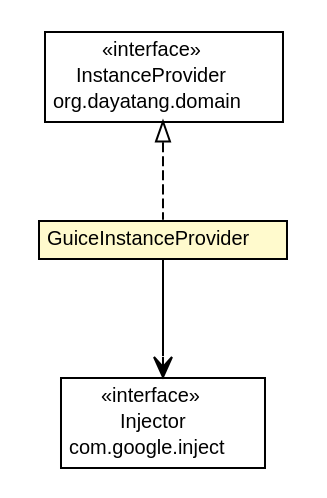
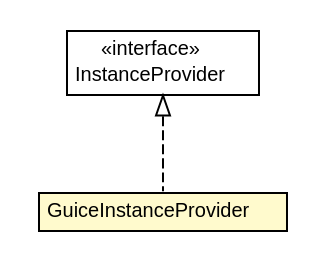
One commit to dayatang/dddlib changed the diagram in dddlib-ioc/dddlib-ioc-guice/apidocs/org/dayatang/ioc/guice/GuiceInstanceProvider.dot. Above: the diagram before and after it, drawn with Graphviz. The commit also changed 94 other files, not shown here.

```diff
--- a/dddlib-ioc/dddlib-ioc-guice/apidocs/org/dayatang/ioc/guice/GuiceInstanceProvider.dot
+++ b/dddlib-ioc/dddlib-ioc-guice/apidocs/org/dayatang/ioc/guice/GuiceInstanceProvider.dot
@@ -1,38 +1,27 @@
 #!/usr/local/bin/dot
 #
 # Class diagram 
 # Generated by UMLGraph version R5_6_6-8-g8d7759 (http://www.umlgraph.org/)
 #
 
 digraph G {
 	edge [fontname="Helvetica",fontsize=10,labelfontname="Helvetica",labelfontsize=10];
 	node [fontname="Helvetica",fontsize=10,shape=plaintext];
 	nodesep=0.25;
 	ranksep=0.5;
 	// org.dayatang.ioc.guice.GuiceInstanceProvider
-	c10 [label=<<table title="org.dayatang.ioc.guice.GuiceInstanceProvider" border="0" cellborder="1" cellspacing="0" cellpadding="2" port="p" bgcolor="lemonChiffon" href="./GuiceInstanceProvider.html">
+	c6 [label=<<table title="org.dayatang.ioc.guice.GuiceInstanceProvider" border="0" cellborder="1" cellspacing="0" cellpadding="2" port="p" bgcolor="lemonChiffon" href="./GuiceInstanceProvider.html">
 		<tr><td><table border="0" cellspacing="0" cellpadding="1">
 <tr><td align="center" balign="center"> GuiceInstanceProvider </td></tr>
 		</table></td></tr>
 		</table>>, URL="./GuiceInstanceProvider.html", fontname="Helvetica", fontcolor="black", fontsize=10.0];
 	//org.dayatang.ioc.guice.GuiceInstanceProvider implements org.dayatang.domain.InstanceProvider
-	c11:p -> c10:p [dir=back,arrowtail=empty,style=dashed];
-	// org.dayatang.ioc.guice.GuiceInstanceProvider NAVASSOC com.google.inject.Injector
-	c10:p -> c17:p [taillabel="", label=" "headlabel="", fontname="Helvetica", fontcolor="black", fontsize=10.0, color="black", arrowhead=open];
+	c7:p -> c6:p [dir=back,arrowtail=empty,style=dashed];
 	// org.dayatang.domain.InstanceProvider
-	c11 [label=<<table title="org.dayatang.domain.InstanceProvider" border="0" cellborder="1" cellspacing="0" cellpadding="2" port="p" href="http://java.sun.com/j2se/1.4.2/docs/api/org/dayatang/domain/InstanceProvider.html">
+	c7 [label=<<table title="org.dayatang.domain.InstanceProvider" border="0" cellborder="1" cellspacing="0" cellpadding="2" port="p">
 		<tr><td><table border="0" cellspacing="0" cellpadding="1">
 <tr><td align="center" balign="center"> &#171;interface&#187; </td></tr>
 <tr><td align="center" balign="center"> InstanceProvider </td></tr>
-<tr><td align="center" balign="center"> org.dayatang.domain </td></tr>
 		</table></td></tr>
-		</table>>, URL="http://java.sun.com/j2se/1.4.2/docs/api/org/dayatang/domain/InstanceProvider.html", fontname="Helvetica", fontcolor="black", fontsize=10.0];
-	// com.google.inject.Injector
-	c17 [label=<<table title="com.google.inject.Injector" border="0" cellborder="1" cellspacing="0" cellpadding="2" port="p" href="http://java.sun.com/j2se/1.4.2/docs/api/com/google/inject/Injector.html">
-		<tr><td><table border="0" cellspacing="0" cellpadding="1">
-<tr><td align="center" balign="center"> &#171;interface&#187; </td></tr>
-<tr><td align="center" balign="center"> Injector </td></tr>
-<tr><td align="center" balign="center"> com.google.inject </td></tr>
-		</table></td></tr>
-		</table>>, URL="http://java.sun.com/j2se/1.4.2/docs/api/com/google/inject/Injector.html", fontname="Helvetica", fontcolor="black", fontsize=10.0];
+		</table>>, URL="null", fontname="Helvetica", fontcolor="black", fontsize=10.0];
 }
```
